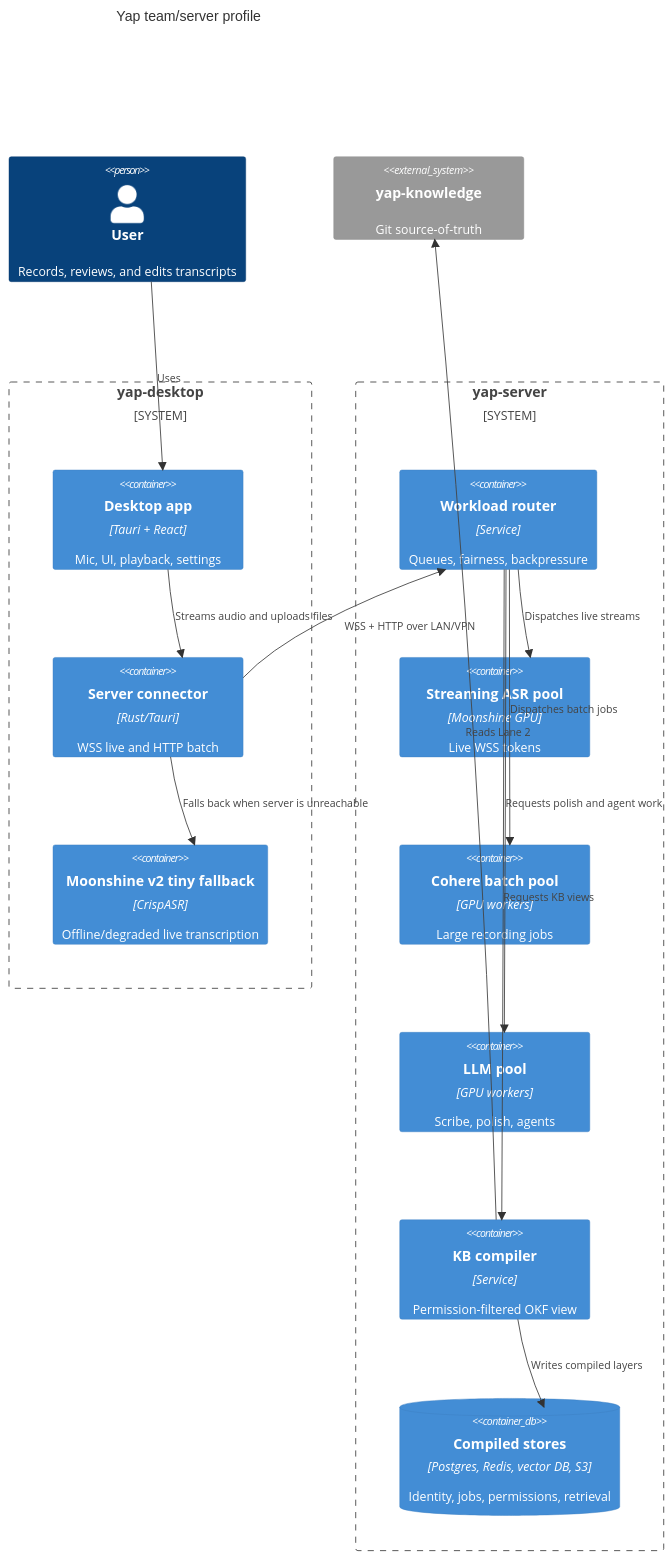
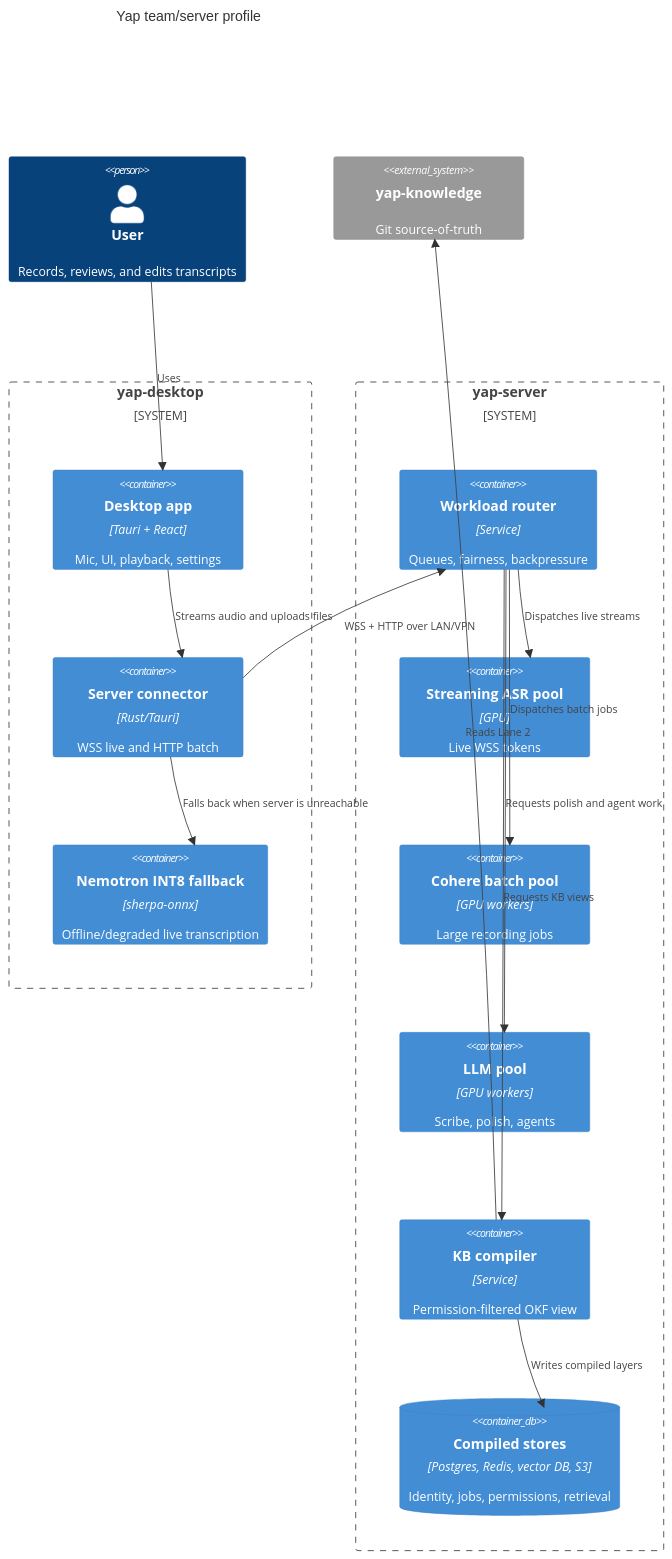
Before and after one commit to mcnatg1/yap: the second of 5 diagrams in docs/adr/0014-server-tier-compute-topology.md, drawn with Mermaid. The commit also changed other lines of this file and 93 other files, not shown here.

Commit message:
feat: pivot local fallback to Nemotron

````diff
--- a/docs/adr/0014-server-tier-compute-topology.md
+++ b/docs/adr/0014-server-tier-compute-topology.md
@@ -90,34 +91,34 @@
 ```mermaid
 C4Container
     title Yap team/server profile
 
     Person(user, "User", "Records, reviews, and edits transcripts")
 
     System_Boundary(desktopBoundary, "yap-desktop") {
         Container(desktop, "Desktop app", "Tauri + React", "Mic, UI, playback, settings")
         Container(connector, "Server connector", "Rust/Tauri", "WSS live and HTTP batch")
-        Container(fallback, "Moonshine v2 tiny fallback", "CrispASR", "Offline/degraded live transcription")
+        Container(fallback, "Nemotron INT8 fallback", "sherpa-onnx", "Offline/degraded live transcription")
     }
 
     System_Boundary(serverBoundary, "yap-server") {
         Container(router, "Workload router", "Service", "Queues, fairness, backpressure")
-        Container(asr, "Streaming ASR pool", "Moonshine GPU", "Live WSS tokens")
+        Container(asr, "Streaming ASR pool", "GPU", "Live WSS tokens")
         Container(batch, "Cohere batch pool", "GPU workers", "Large recording jobs")
         Container(llm, "LLM pool", "GPU workers", "Scribe, polish, agents")
         Container(kbCompiler, "KB compiler", "Service", "Permission-filtered OKF view")
         ContainerDb(storage, "Compiled stores", "Postgres, Redis, vector DB, S3", "Identity, jobs, permissions, retrieval")
     }
 
     System_Ext(knowledge, "yap-knowledge", "Git source-of-truth")
 
     Rel(user, desktop, "Uses")
     Rel(desktop, connector, "Streams audio and uploads files")
     Rel(connector, router, "WSS + HTTP over LAN/VPN")
     Rel(connector, fallback, "Falls back when server is unreachable")
     Rel(router, asr, "Dispatches live streams")
     Rel(router, batch, "Dispatches batch jobs")
     Rel(router, llm, "Requests polish and agent work")
     Rel(router, kbCompiler, "Requests KB views")
     Rel(kbCompiler, knowledge, "Reads Lane 2")
     Rel(kbCompiler, storage, "Writes compiled layers")
 ```
````
